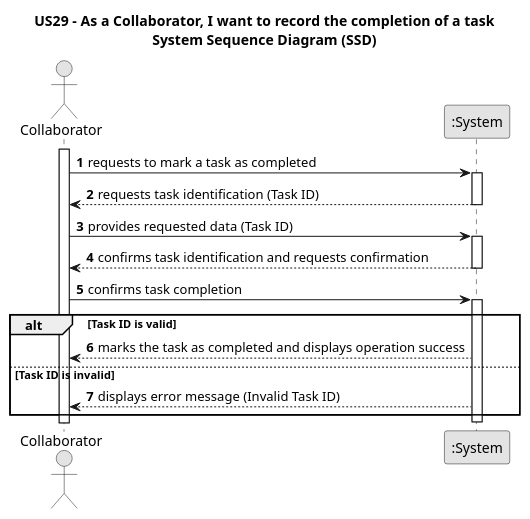
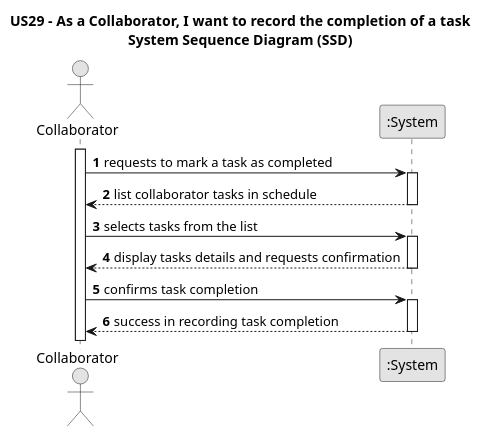
The diagram in docs/sprintC/US29/01.requirements-engineering/puml/us029-system-sequence-diagram.puml (Mendoncaa/LAPR2), drawn with PlantUML before and after one commit. The commit also changed 2 other files, not shown here.

Commit message:
Update US28 (domain model); Update US29 (domain model and system sequence diagram)

```diff
--- a/docs/sprintC/US29/01.requirements-engineering/puml/us029-system-sequence-diagram.puml
+++ b/docs/sprintC/US29/01.requirements-engineering/puml/us029-system-sequence-diagram.puml
@@ -1,39 +1,37 @@
 @startuml
 skinparam monochrome true
 skinparam packageStyle rectangle
 skinparam shadowing false
 
 title US29 - As a Collaborator, I want to record the completion of a task\nSystem Sequence Diagram (SSD)
 
 autonumber
 
 actor "Collaborator" as User
 participant ":System" as System
 
 activate User
 
     User -> System : requests to mark a task as completed
     activate System
 
-        System --> User : requests task identification (Task ID)
+        System --> User : list collaborator tasks in schedule
     deactivate System
 
-    User -> System : provides requested data (Task ID)
+    User -> System : selects tasks from the list
     activate System
 
-    System --> User : confirms task identification and requests confirmation
+    System --> User : display tasks details and requests confirmation
         deactivate System
 
-        User -> System : confirms task completion
+    User -> System : confirms task completion
         activate System
 
-        alt Task ID is valid
-            System --> User : marks the task as completed and displays operation success
-        else Task ID is invalid
-            System --> User : displays error message (Invalid Task ID)
-        end
+    System --> User : success in recording task completion
+
+
     deactivate System
 
 
 
 @enduml
```
